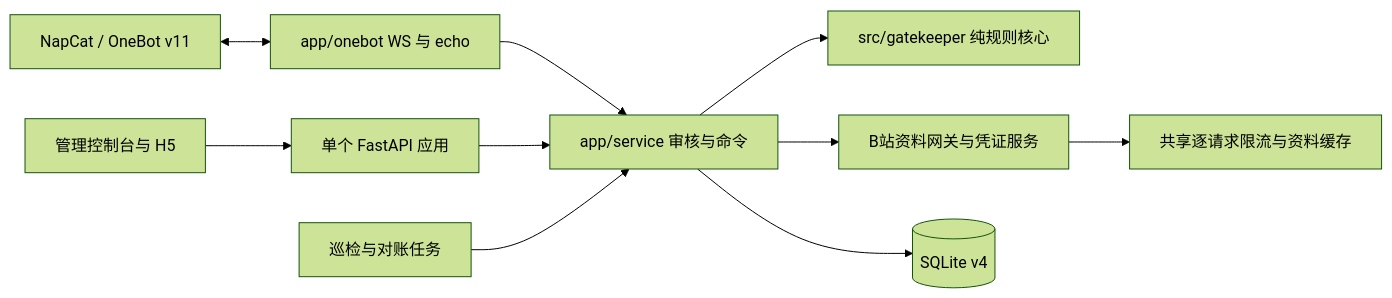
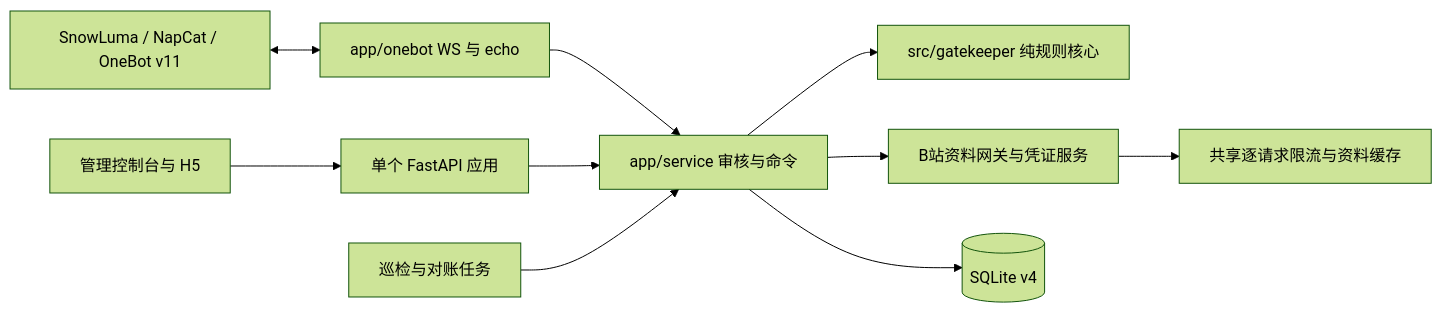
One commit to wuhutakeoffyoo/bilibili-qq-group-gatekeeper changed the diagram in docs/architecture.md. Above: the diagram before and after it, drawn with Mermaid (forest theme). The commit also changed other lines of this file and 11 other files, not shown here.

Commit message:
docs: align SnowLuma guides with production acceptance

````diff
--- a/docs/architecture.md
+++ b/docs/architecture.md
@@ -5,12 +5,12 @@
 ```mermaid
 flowchart LR
-    N[NapCat / OneBot v11] <--> W[app/onebot WS 与 echo]
+    N[SnowLuma / NapCat / OneBot v11] <--> W[app/onebot WS 与 echo]
     W --> S[app/service 审核与命令]
     A[管理控制台与 H5] --> F[单个 FastAPI 应用]
     F --> S
     S --> C[src/gatekeeper 纯规则核心]
     S --> B[B站资料网关与凭证服务]
     S --> D[(SQLite v4)]
     P[巡检与对账任务] --> S
     B --> L[共享逐请求限流与资料缓存]
 ```
````
